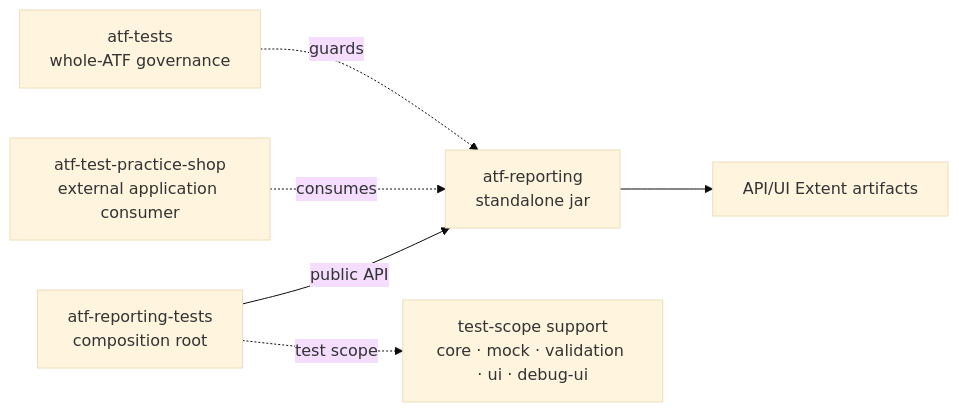
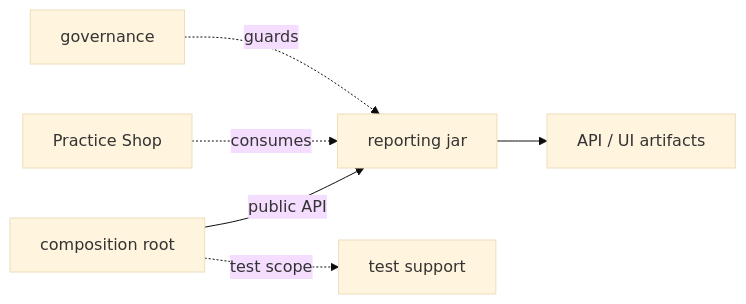
The first of 2 diagrams in atf-reporting-tests/README.md (crististefanita/demo2), drawn with Mermaid (base theme) before and after one commit. The commit also changed other lines of this file and 132 other files, not shown here.

Commit message:
Refine Java ATF reporting assets and Practice Shop validation

````diff
--- a/atf-reporting-tests/README.md
+++ b/atf-reporting-tests/README.md
@@ -12,8 +12,8 @@
 ```mermaid
 flowchart LR
-    Composition[atf-reporting-tests<br/>composition root] -->|public API| Reporting[atf-reporting<br/>standalone jar]
-    Reporting --> Reports[API/UI Extent artifacts]
-    Composition -. test scope .-> Support[test-scope support<br/>core · mock · validation · ui · debug-ui]
-    ShopTests[atf-test-practice-shop<br/>external application consumer] -. consumes .-> Reporting
-    AppTests[atf-tests<br/>whole-ATF governance] -. guards .-> Reporting
+    Composition[composition root] -->|public API| Reporting[reporting jar]
+    Reporting --> Reports[API / UI artifacts]
+    Composition -. test scope .-> Support[test support]
+    ShopTests[Practice Shop] -. consumes .-> Reporting
+    AppTests[governance] -. guards .-> Reporting
 ```
````
